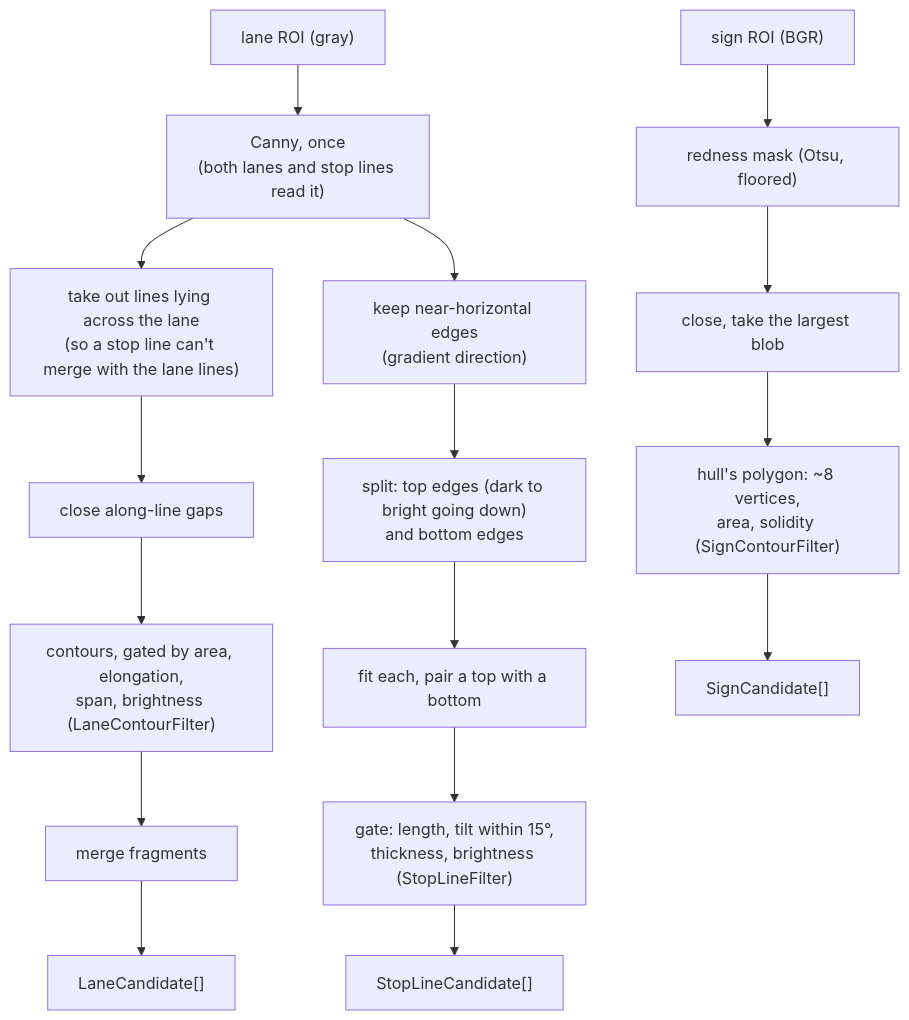
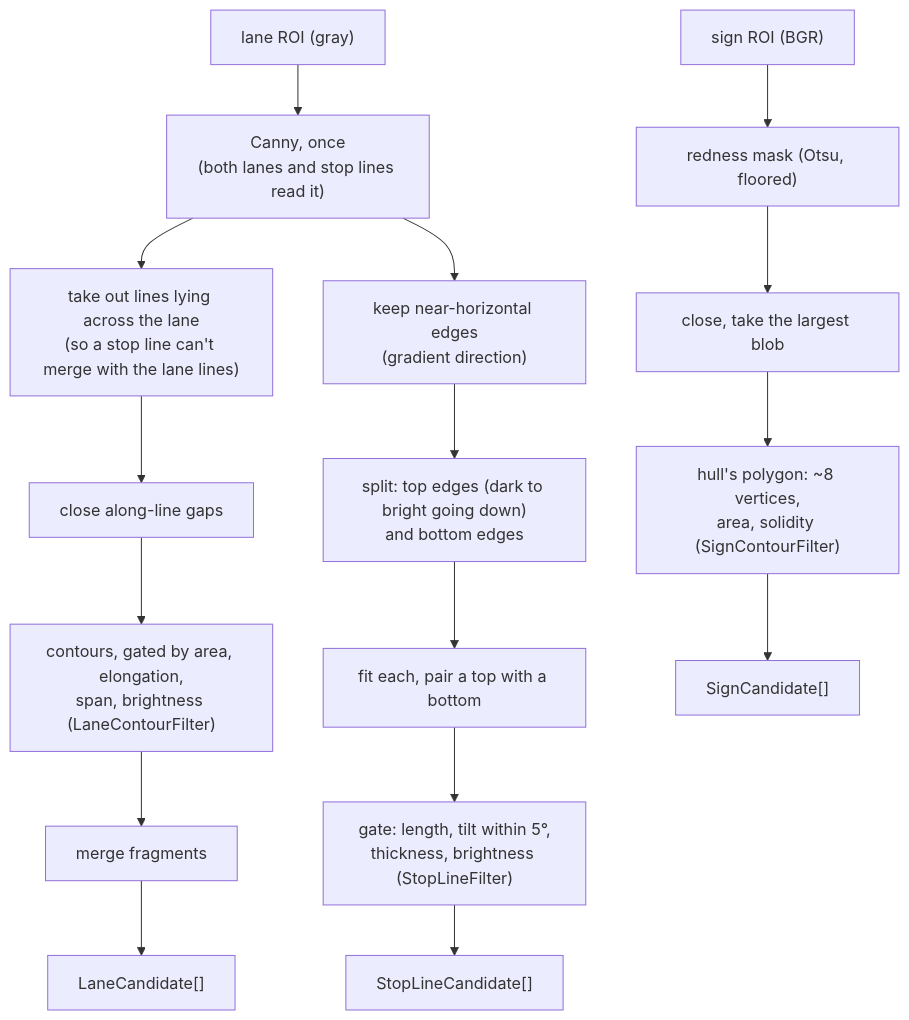
The eighth of 24 diagrams in vision_stack/docs/guides/system_maps.md (Simbyote/Navilott_Vision), drawn with Mermaid before and after one commit. The commit also changed 16 other files, not shown here.

First line of the commit message:
Tests and docs follow the tuned stop-line and intersection values

````diff
--- a/vision_stack/docs/guides/system_maps.md
+++ b/vision_stack/docs/guides/system_maps.md
@@ -255,21 +255,21 @@
 ```mermaid
 flowchart TB
     LR["lane ROI (gray)"] --> CAN["Canny, once<br/>(both lanes and stop lines read it)"]
 
     CAN --> L1["take out lines lying across the lane<br/>(so a stop line can't merge with the lane lines)"]
     L1 --> L2["close along-line gaps"]
     L2 --> L3["contours, gated by area, elongation,<br/>span, brightness (LaneContourFilter)"]
     L3 --> L4["merge fragments"]
     L4 --> LC["LaneCandidate[]"]
 
     CAN --> S1["keep near-horizontal edges<br/>(gradient direction)"]
     S1 --> S2["split: top edges (dark to bright going down)<br/>and bottom edges"]
     S2 --> S3["fit each, pair a top with a bottom"]
-    S3 --> S4["gate: length, tilt within 15°,<br/>thickness, brightness (StopLineFilter)"]
+    S3 --> S4["gate: length, tilt within 5°,<br/>thickness, brightness (StopLineFilter)"]
     S4 --> SC["StopLineCandidate[]"]
 
     SG["sign ROI (BGR)"] --> G1["redness mask (Otsu, floored)"]
     G1 --> G2["close, take the largest blob"]
     G2 --> G3["hull's polygon: ~8 vertices,<br/>area, solidity (SignContourFilter)"]
     G3 --> GC["SignCandidate[]"]
 ```
````
